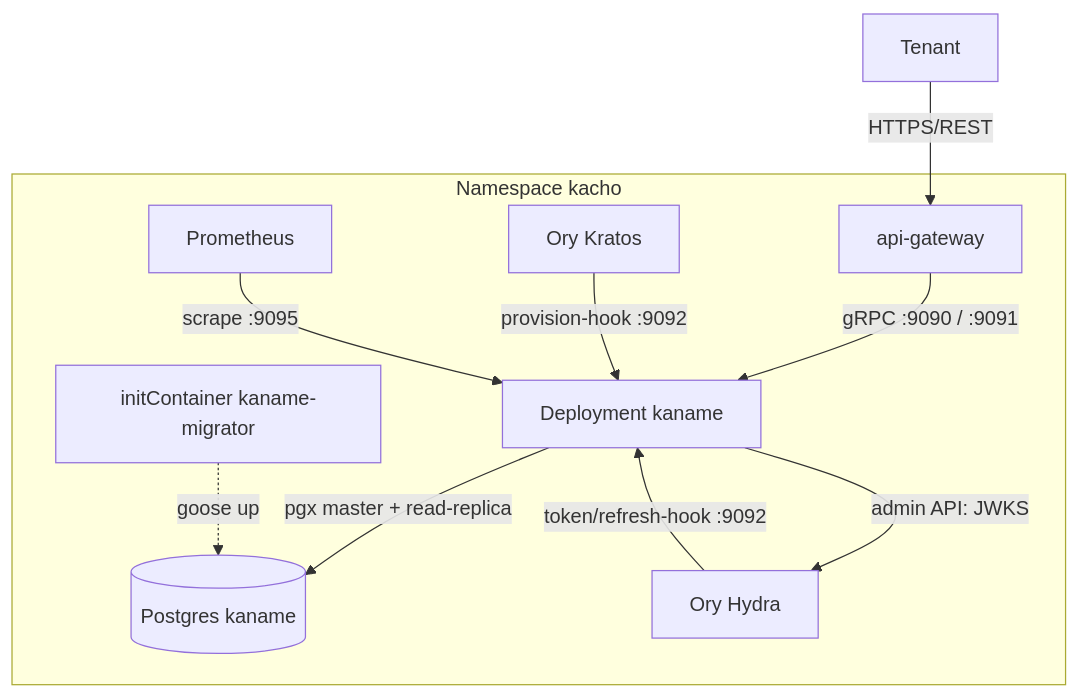
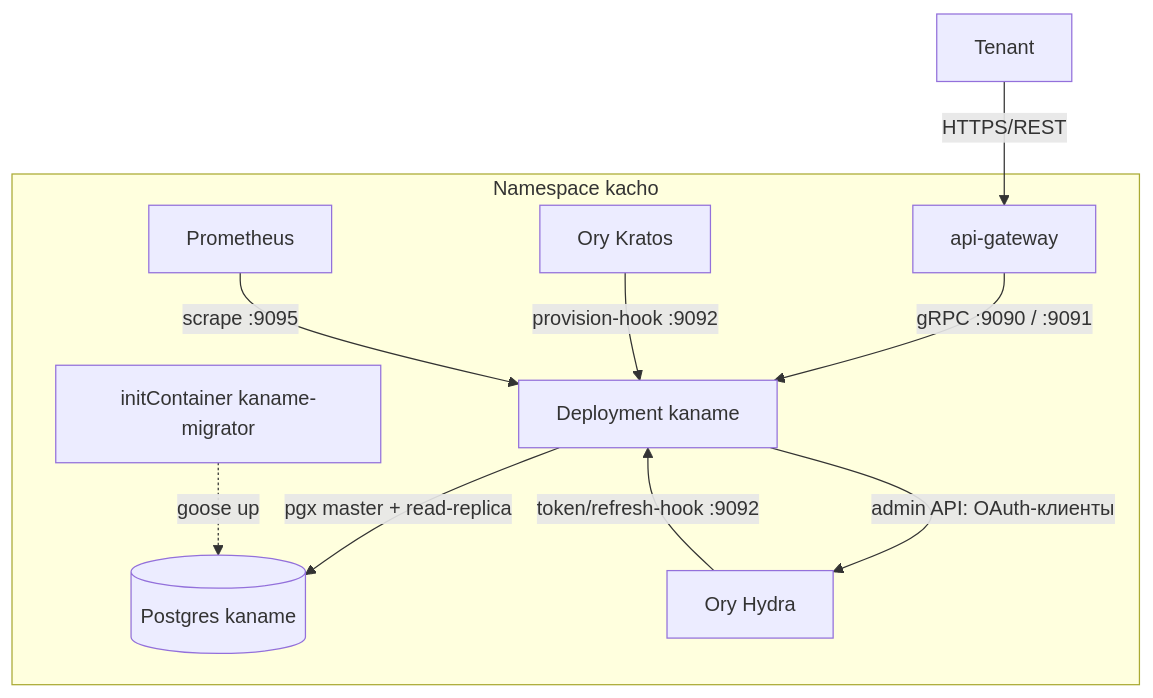
The first of 2 diagrams in docs/engineering/components/31-deployment.md (PRO-Robotech/kaname), drawn with Mermaid before and after one commit. The commit also changed other lines of this file and 287 other files, not shown here.

````diff
--- a/docs/engineering/components/31-deployment.md
+++ b/docs/engineering/components/31-deployment.md
@@ -100,13 +101,13 @@
 ```mermaid
 flowchart TB
     Tenant -- HTTPS/REST --> APIGW[api-gateway]
-    subgraph KachoNS[Namespace kacho]
+    subgraph PlatformNS[Namespace kacho]
         APIGW -- gRPC :9090 / :9091 --> IAM[Deployment kaname]
         IAM -- pgx master + read-replica --> PG[(Postgres kaname)]
         Kratos[Ory Kratos] -- provision-hook :9092 --> IAM
         Hydra[Ory Hydra] -- token/refresh-hook :9092 --> IAM
-        IAM -- admin API: JWKS --> Hydra
+        IAM -- admin API: OAuth-клиенты --> Hydra
         Migrate[initContainer kaname-migrator] -. goose up .-> PG
         Prom[Prometheus] -- scrape :9095 --> IAM
     end
 ```
````
